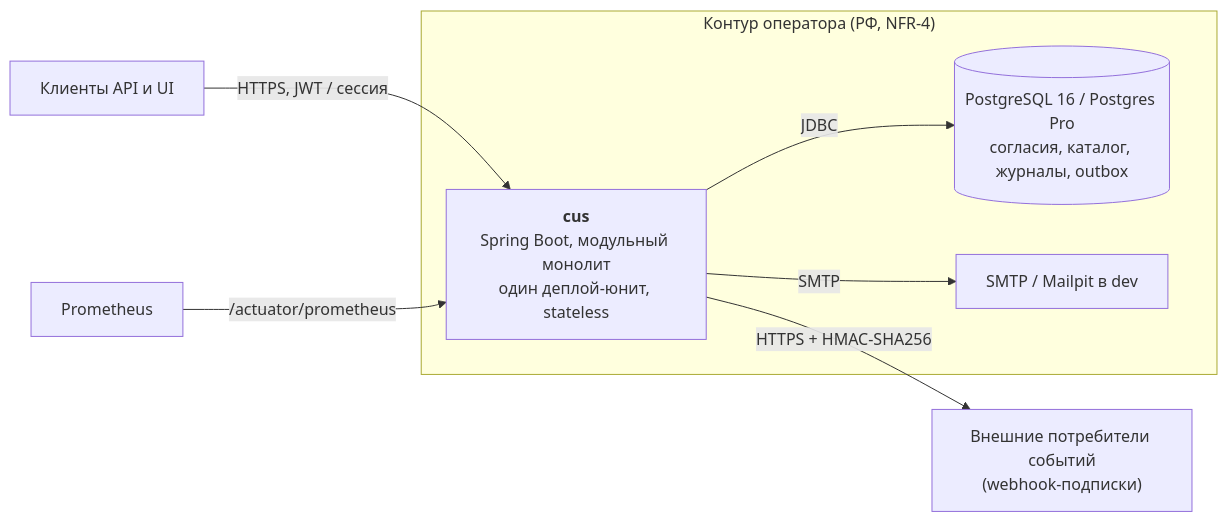
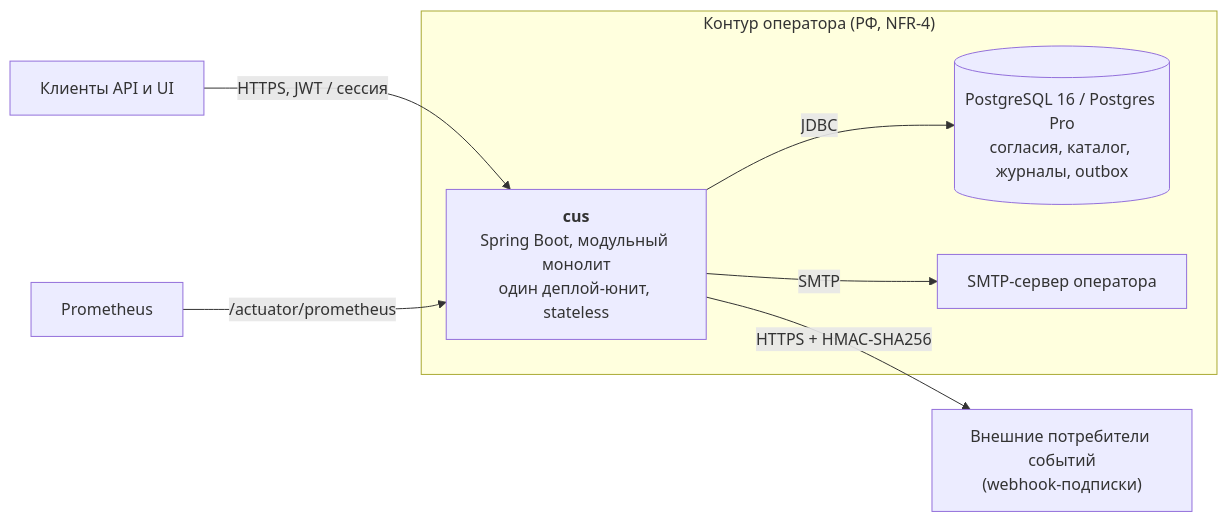
Before and after one commit to romabyr1989-bot/In_consensu: the second of 5 diagrams in docs/architecture.md, drawn with Mermaid. The commit also changed other lines of this file and 18 other files, not shown here.

````diff
--- a/docs/architecture.md
+++ b/docs/architecture.md
@@ -55,19 +55,19 @@
 ```mermaid
 flowchart LR
   Client["Клиенты API и UI"]
 
   subgraph Deploy["Контур оператора (РФ, NFR-4)"]
     App["<b>cus</b><br/>Spring Boot, модульный монолит<br/>один деплой-юнит, stateless"]
     DB[("PostgreSQL 16 / Postgres Pro<br/>согласия, каталог, журналы, outbox")]
-    Mail["SMTP / Mailpit в dev"]
+    Mail["SMTP-сервер оператора"]
   end
 
   Consumer["Внешние потребители событий<br/>(webhook-подписки)"]
   Prom["Prometheus"]
 
   Client -->|HTTPS, JWT / сессия| App
   App -->|JDBC| DB
   App -->|SMTP| Mail
   App -->|HTTPS + HMAC-SHA256| Consumer
   Prom -->|/actuator/prometheus| App
 ```
````
